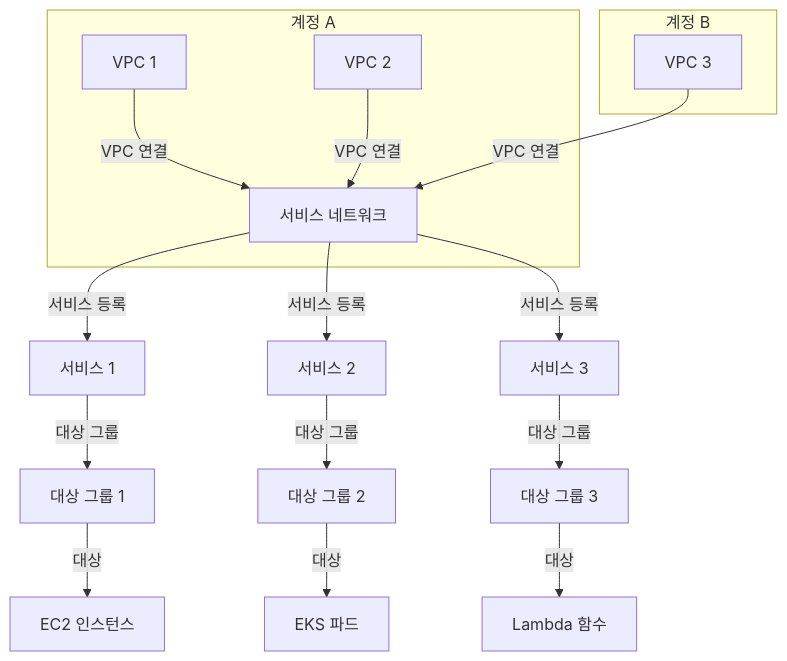
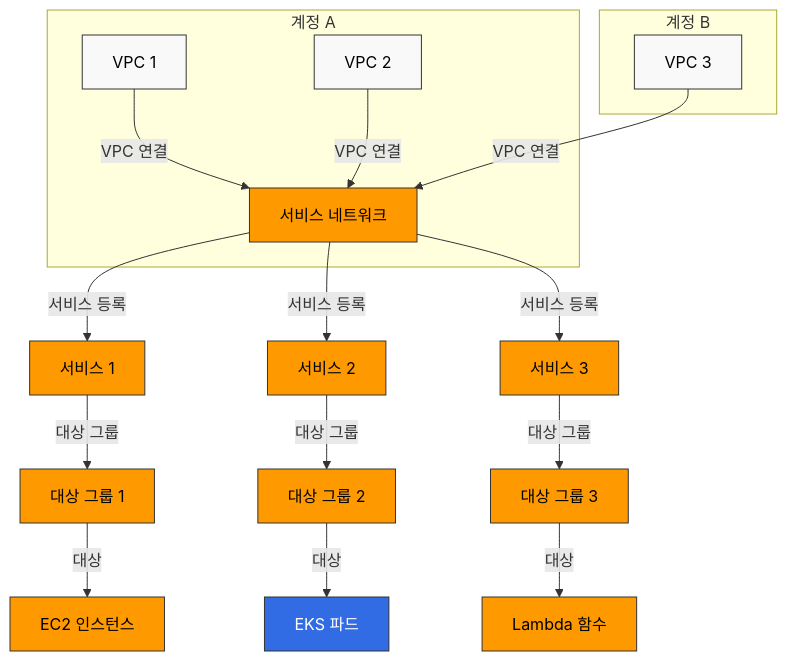
One commit to Atom-oh/kubernetes-docs changed the second of 4 diagrams in tools/09-vpc-lattice.md. Above: the diagram before and after it, drawn with Mermaid. The commit also changed other lines of this file, not shown here.

Commit message:
Update VPC Lattice diagrams with standardized style

````diff
--- a/tools/09-vpc-lattice.md
+++ b/tools/09-vpc-lattice.md
@@ -120,23 +132,36 @@
 ```mermaid
 graph TD
     subgraph "계정 A"
         A[VPC 1] -->|VPC 연결| SN[서비스 네트워크]
         B[VPC 2] -->|VPC 연결| SN
     end
     
     subgraph "계정 B"
         C[VPC 3] -->|VPC 연결| SN
     end
     
     SN -->|서비스 등록| S1[서비스 1]
     SN -->|서비스 등록| S2[서비스 2]
     SN -->|서비스 등록| S3[서비스 3]
     
     S1 -->|대상 그룹| TG1[대상 그룹 1]
     S2 -->|대상 그룹| TG2[대상 그룹 2]
     S3 -->|대상 그룹| TG3[대상 그룹 3]
     
     TG1 -->|대상| T1[EC2 인스턴스]
     TG2 -->|대상| T2[EKS 파드]
     TG3 -->|대상| T3[Lambda 함수]
+    
+    %% 스타일 정의
+    classDef awsService fill:#FF9900,stroke:#333,stroke-width:1px,color:black;
+    classDef k8sComponent fill:#326CE5,stroke:#333,stroke-width:1px,color:white;
+    classDef userApp fill:#00C7B7,stroke:#333,stroke-width:1px,color:white;
+    classDef dataStore fill:#3B48CC,stroke:#333,stroke-width:1px,color:white;
+    classDef default fill:#f9f9f9,stroke:#333,stroke-width:1px,color:black;
+    
+    %% 클래스 적용
+    class A,B,C default;
+    class SN,S1,S2,S3,TG1,TG2,TG3 awsService;
+    class T1,T3 awsService;
+    class T2 k8sComponent;
 ```
````
